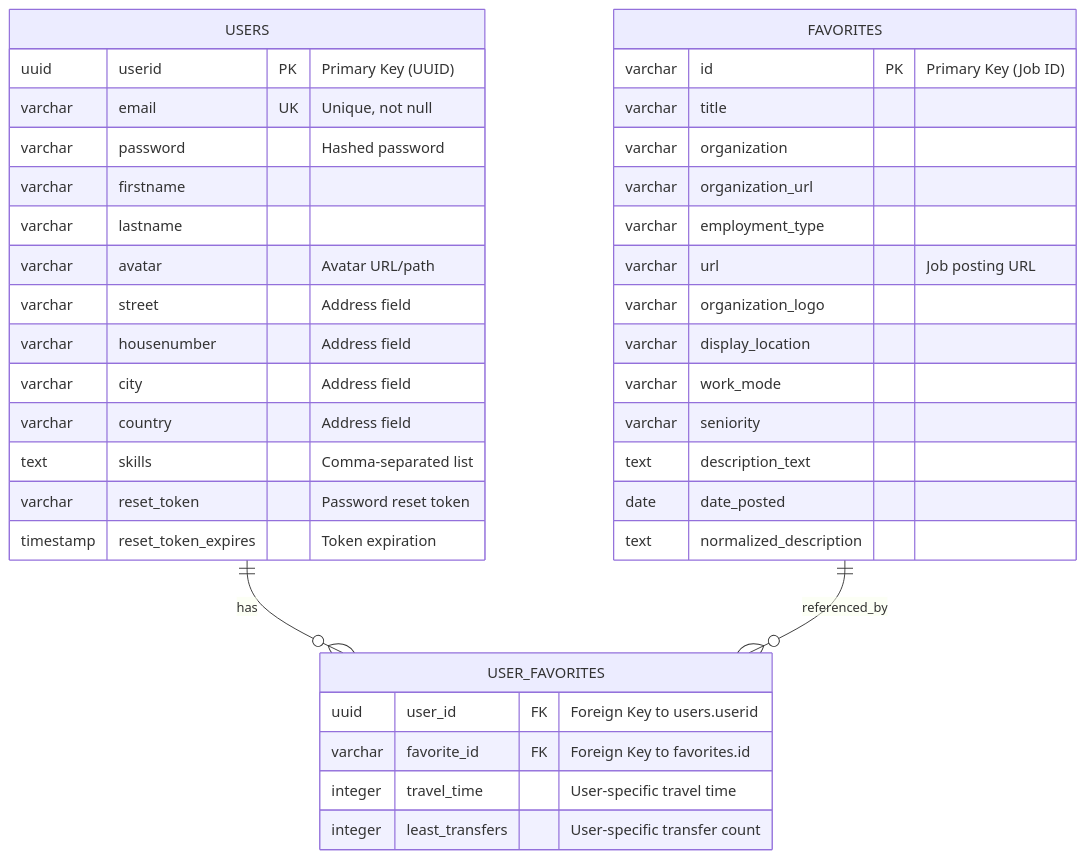
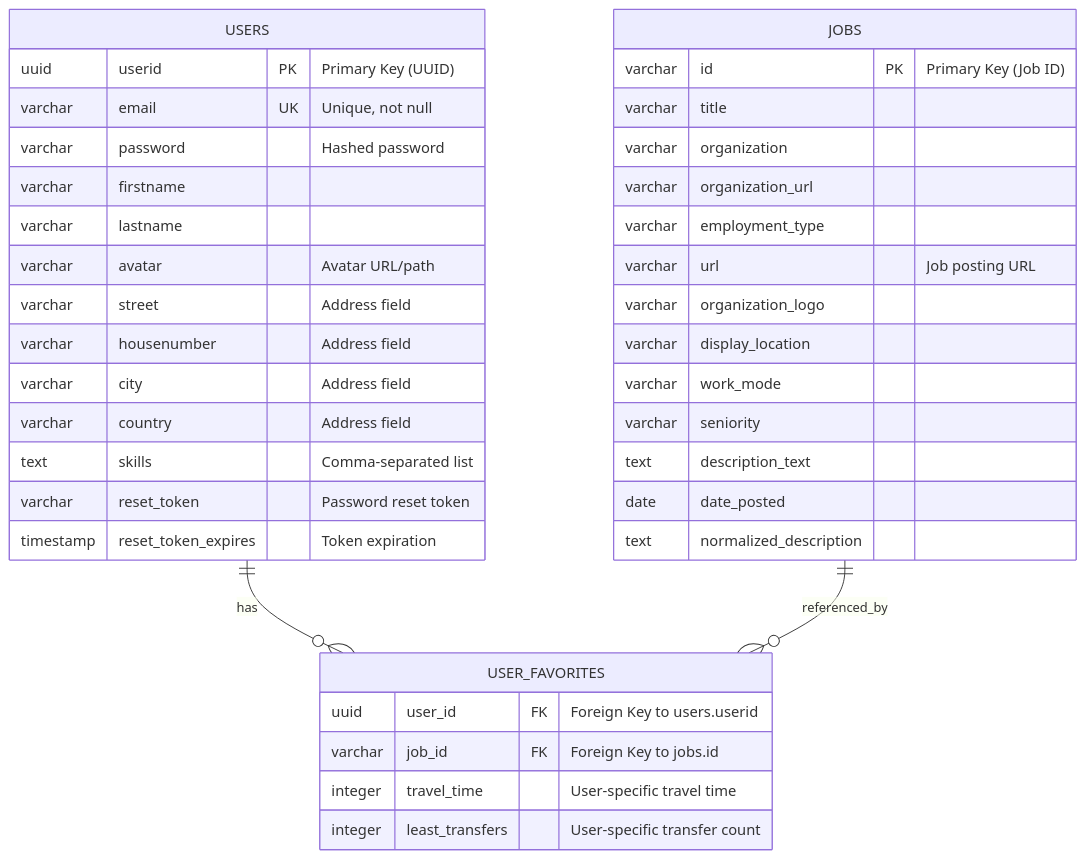
One commit to YahyaAl-Ademi/2025.10.23-JobCompass changed the diagram in documentation/ERD-copilot.md. Above: the diagram before and after it, drawn with Mermaid. The commit also changed other lines of this file and 3 other files, not shown here.

First line of the commit message:
Update ERD documentation to reflect schema changes for JobCompass

````diff
--- a/documentation/ERD-copilot.md
+++ b/documentation/ERD-copilot.md
@@ -9,44 +9,44 @@
 ```mermaid
 erDiagram
     USERS ||--o{ USER_FAVORITES : has
-    FAVORITES ||--o{ USER_FAVORITES : referenced_by
+    JOBS ||--o{ USER_FAVORITES : referenced_by
 
     USERS {
         uuid userid PK "Primary Key (UUID)"
         varchar email UK "Unique, not null"
         varchar password "Hashed password"
         varchar firstname
         varchar lastname
         varchar avatar "Avatar URL/path"
         varchar street "Address field"
         varchar housenumber "Address field"
         varchar city "Address field"
         varchar country "Address field"
         text skills "Comma-separated list"
         varchar reset_token "Password reset token"
         timestamp reset_token_expires "Token expiration"
     }
 
-    FAVORITES {
+    JOBS {
         varchar id PK "Primary Key (Job ID)"
         varchar title
         varchar organization
         varchar organization_url
         varchar employment_type
         varchar url "Job posting URL"
         varchar organization_logo
         varchar display_location
         varchar work_mode
         varchar seniority
         text description_text
         date date_posted
         text normalized_description
     }
 
     USER_FAVORITES {
         uuid user_id FK "Foreign Key to users.userid"
-        varchar favorite_id FK "Foreign Key to favorites.id"
+        varchar job_id FK "Foreign Key to jobs.id"
         integer travel_time "User-specific travel time"
         integer least_transfers "User-specific transfer count"
     }
 ```
````
